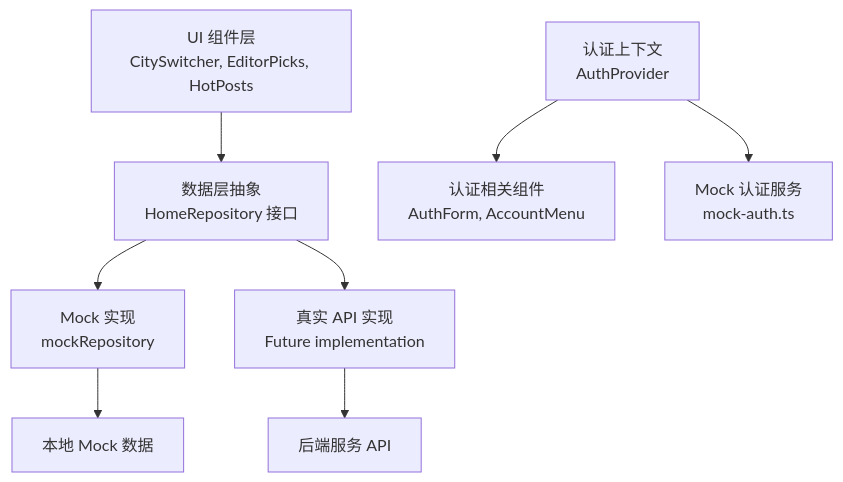
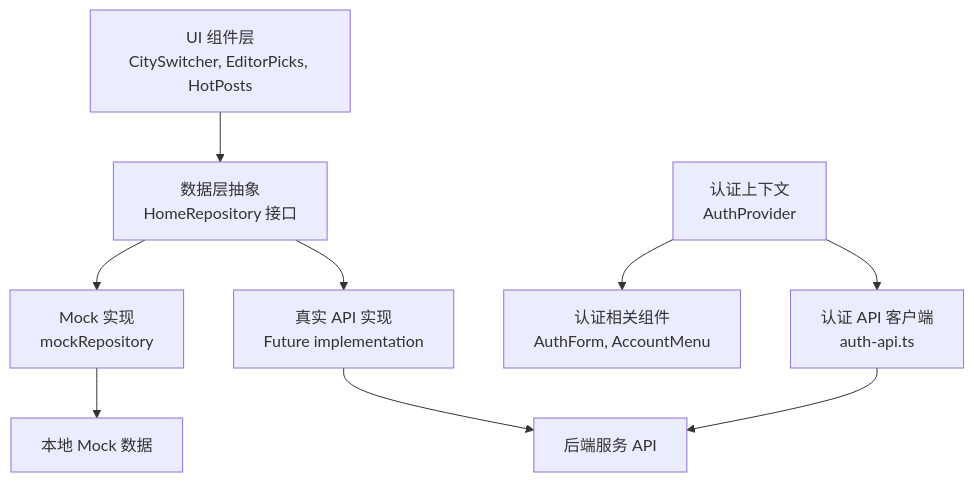
The second of 12 diagrams in .qoder/repowiki/zh/content/前端开发/前端开发.md (luyitiger6/my-first-project), drawn with Mermaid before and after one commit. The commit also changed other lines of this file and 54 other files, not shown here.

````diff
--- a/.qoder/repowiki/zh/content/前端开发/前端开发.md
+++ b/.qoder/repowiki/zh/content/前端开发/前端开发.md
@@ -140,10 +156,11 @@
 ```mermaid
 flowchart TD
 Component["UI 组件层<br/>CitySwitcher, EditorPicks, HotPosts"] --> Repository["数据层抽象<br/>HomeRepository 接口"]
 Repository --> MockImpl["Mock 实现<br/>mockRepository"]
 Repository --> RealImpl["真实 API 实现<br/>Future implementation"]
 MockImpl --> MockData["本地 Mock 数据"]
 RealImpl --> BackendAPI["后端服务 API"]
 AuthContext["认证上下文<br/>AuthProvider"] --> AuthComponents["认证相关组件<br/>AuthForm, AccountMenu"]
-AuthContext --> MockAuth["Mock 认证服务<br/>mock-auth.ts"]
+AuthContext --> AuthApi["认证 API 客户端<br/>auth-api.ts"]
+AuthApi --> BackendAPI
 ```
````
